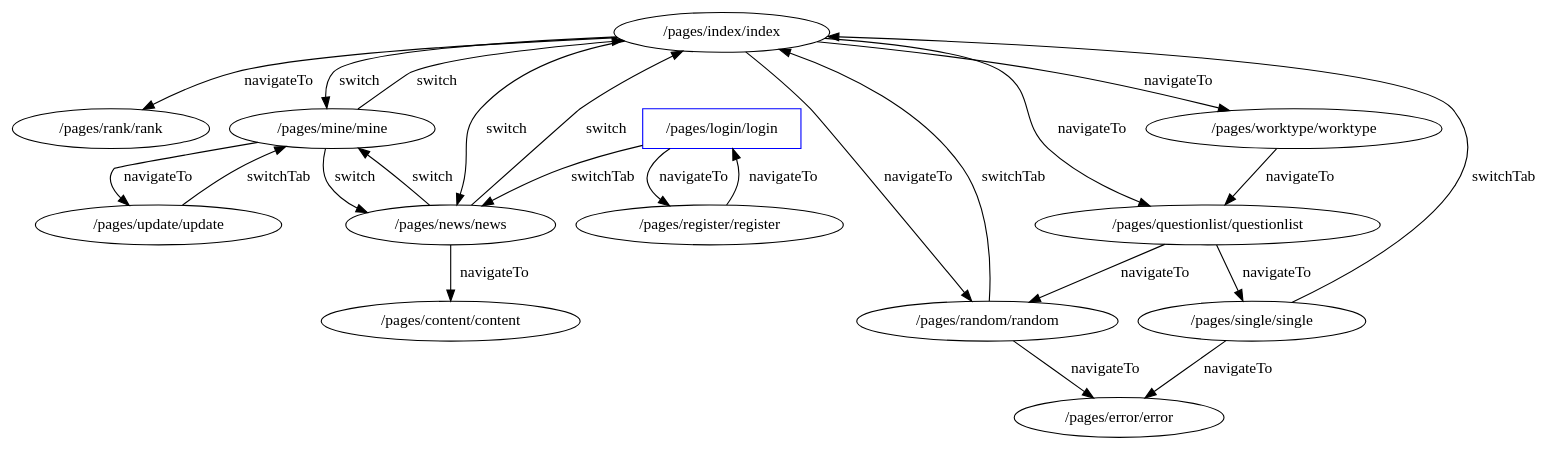
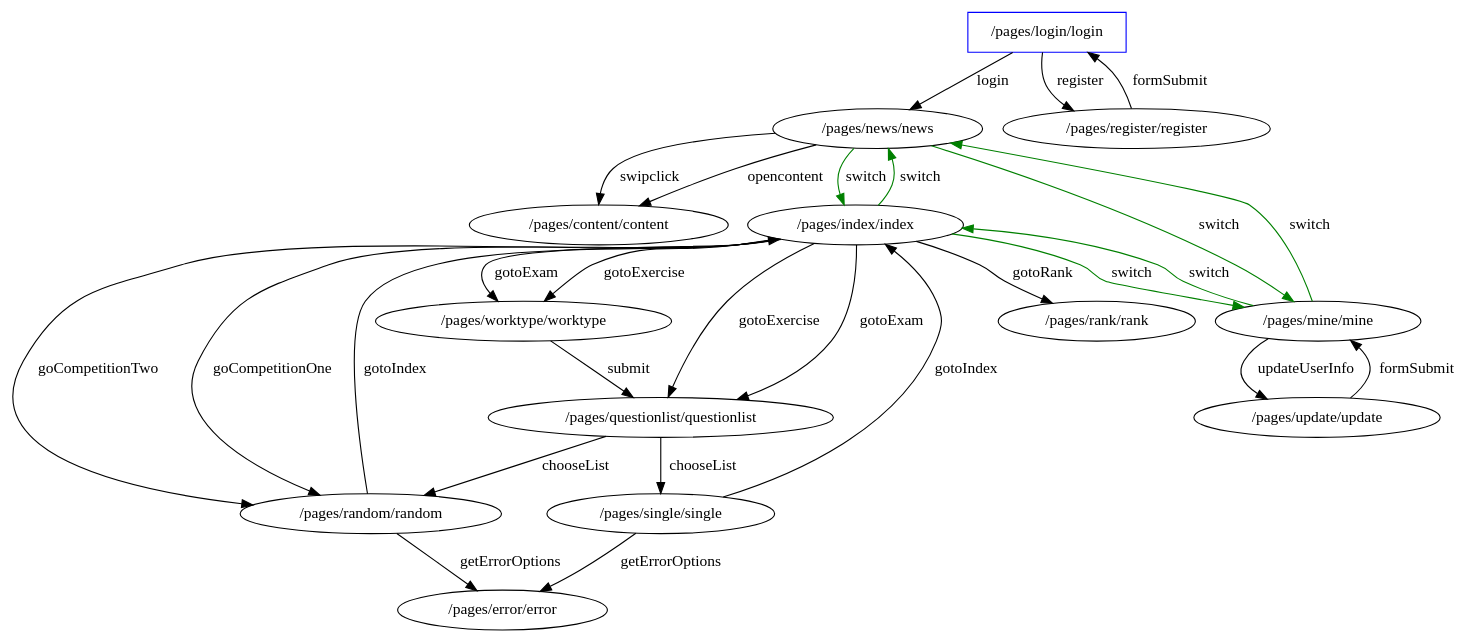
One commit to ppproxy/app-in-app-analysis changed the diagram in graph/ng-table.gv. Above: the diagram before and after it, drawn with Graphviz. The commit also changed 3441 other files, not shown here.

```diff
--- a/graph/ng-table.gv
+++ b/graph/ng-table.gv
@@ -1,39 +1,43 @@
 // UI State Transfer Diagram
 digraph {
-	"/pages/rank/rank" [label="/pages/rank/rank"]
+	"/pages/content/content" [label="/pages/content/content"]
+	"/pages/error/error" [label="/pages/error/error"]
+	"/pages/worktype/worktype" [label="/pages/worktype/worktype"]
 	"/pages/register/register" [label="/pages/register/register"]
 	"/pages/index/index" [label="/pages/index/index"]
+	"/pages/news/news" [label="/pages/news/news"]
+	"/pages/login/login" [label="/pages/login/login" color=blue shape=rectangle]
+	"/pages/random/random" [label="/pages/random/random"]
+	"/pages/update/update" [label="/pages/update/update"]
+	"/pages/rank/rank" [label="/pages/rank/rank"]
+	"/pages/single/single" [label="/pages/single/single"]
 	"/pages/mine/mine" [label="/pages/mine/mine"]
-	"/pages/error/error" [label="/pages/error/error"]
-	"/pages/random/random" [label="/pages/random/random"]
-	"/pages/single/single" [label="/pages/single/single"]
-	"/pages/worktype/worktype" [label="/pages/worktype/worktype"]
-	"/pages/update/update" [label="/pages/update/update"]
-	"/pages/login/login" [label="/pages/login/login" color=blue shape=rectangle]
-	"/pages/content/content" [label="/pages/content/content"]
 	"/pages/questionlist/questionlist" [label="/pages/questionlist/questionlist"]
-	"/pages/news/news" [label="/pages/news/news"]
-	"/pages/news/news" -> "/pages/index/index" [label=switch]
-	"/pages/news/news" -> "/pages/mine/mine" [label=switch]
-	"/pages/index/index" -> "/pages/news/news" [label=switch]
-	"/pages/index/index" -> "/pages/mine/mine" [label=switch]
-	"/pages/mine/mine" -> "/pages/news/news" [label=switch]
-	"/pages/mine/mine" -> "/pages/index/index" [label=switch]
-	"/pages/login/login" -> "/pages/register/register" [label=navigateTo]
-	"/pages/login/login" -> "/pages/news/news" [label=switchTab]
-	"/pages/register/register" -> "/pages/login/login" [label=navigateTo]
-	"/pages/index/index" -> "/pages/worktype/worktype" [label=navigateTo]
-	"/pages/index/index" -> "/pages/rank/rank" [label=navigateTo]
-	"/pages/index/index" -> "/pages/questionlist/questionlist" [label=navigateTo]
-	"/pages/index/index" -> "/pages/random/random" [label=navigateTo]
-	"/pages/single/single" -> "/pages/index/index" [label=switchTab]
-	"/pages/single/single" -> "/pages/error/error" [label=navigateTo]
-	"/pages/worktype/worktype" -> "/pages/questionlist/questionlist" [label=navigateTo]
-	"/pages/questionlist/questionlist" -> "/pages/single/single" [label=navigateTo]
-	"/pages/questionlist/questionlist" -> "/pages/random/random" [label=navigateTo]
-	"/pages/mine/mine" -> "/pages/update/update" [label=navigateTo]
-	"/pages/random/random" -> "/pages/index/index" [label=switchTab]
-	"/pages/random/random" -> "/pages/error/error" [label=navigateTo]
-	"/pages/news/news" -> "/pages/content/content" [label=navigateTo]
-	"/pages/update/update" -> "/pages/mine/mine" [label=switchTab]
+	"/pages/news/news" -> "/pages/index/index" [label=switch color=green]
+	"/pages/news/news" -> "/pages/mine/mine" [label=switch color=green]
+	"/pages/index/index" -> "/pages/news/news" [label=switch color=green]
+	"/pages/index/index" -> "/pages/mine/mine" [label=switch color=green]
+	"/pages/mine/mine" -> "/pages/news/news" [label=switch color=green]
+	"/pages/mine/mine" -> "/pages/index/index" [label=switch color=green]
+	"/pages/login/login" -> "/pages/register/register" [label=register]
+	"/pages/login/login" -> "/pages/news/news" [label=login]
+	"/pages/register/register" -> "/pages/login/login" [label=formSubmit]
+	"/pages/index/index" -> "/pages/worktype/worktype" [label=gotoExam]
+	"/pages/index/index" -> "/pages/random/random" [label=goCompetitionTwo]
+	"/pages/index/index" -> "/pages/questionlist/questionlist" [label=gotoExercise]
+	"/pages/index/index" -> "/pages/worktype/worktype" [label=gotoExercise]
+	"/pages/index/index" -> "/pages/rank/rank" [label=gotoRank]
+	"/pages/index/index" -> "/pages/random/random" [label=goCompetitionOne]
+	"/pages/index/index" -> "/pages/questionlist/questionlist" [label=gotoExam]
+	"/pages/single/single" -> "/pages/index/index" [label=gotoIndex]
+	"/pages/single/single" -> "/pages/error/error" [label=getErrorOptions]
+	"/pages/worktype/worktype" -> "/pages/questionlist/questionlist" [label=submit]
+	"/pages/questionlist/questionlist" -> "/pages/random/random" [label=chooseList]
+	"/pages/questionlist/questionlist" -> "/pages/single/single" [label=chooseList]
+	"/pages/mine/mine" -> "/pages/update/update" [label=updateUserInfo]
+	"/pages/random/random" -> "/pages/index/index" [label=gotoIndex]
+	"/pages/random/random" -> "/pages/error/error" [label=getErrorOptions]
+	"/pages/news/news" -> "/pages/content/content" [label=swipclick]
+	"/pages/news/news" -> "/pages/content/content" [label=opencontent]
+	"/pages/update/update" -> "/pages/mine/mine" [label=formSubmit]
 }
```
